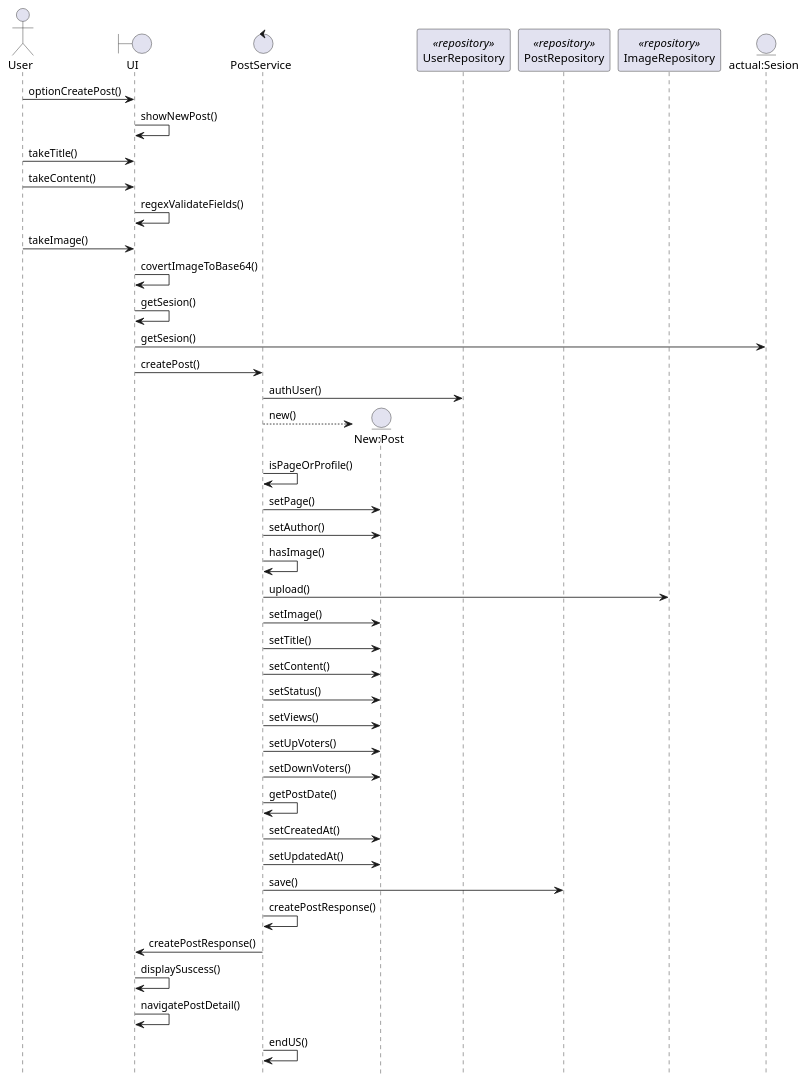
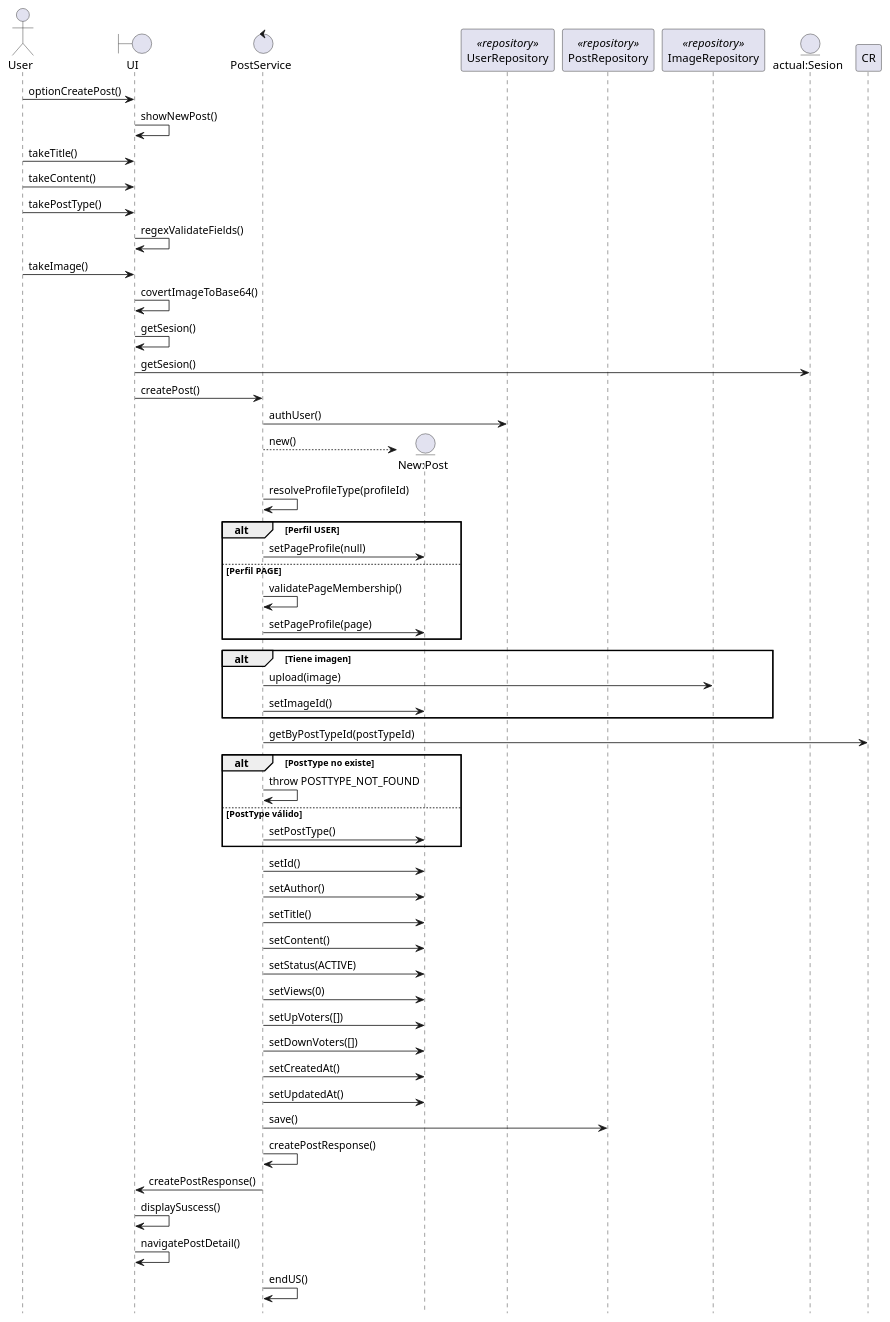
One commit to 2piradrian/seminario-docs changed the diagram in create-post-sequence.puml. Above: the diagram before and after it, drawn with PlantUML. The commit also changed 2 other files, not shown here.

```diff
--- a/create-post-sequence.puml
+++ b/create-post-sequence.puml
@@ -1,47 +1,65 @@
 @startuml
 actor User
 boundary "UI" as UI
 control "PostService" as C
 entity "New:Post" as P
 participant "UserRepository" as UR <<repository>>
 participant "PostRepository" as PTR <<repository>>
 participant "ImageRepository" as IR <<repository>>
 entity "actual:Sesion" as S
 
 User -> UI : optionCreatePost()
 UI -> UI: showNewPost()
 User -> UI: takeTitle()
 User -> UI: takeContent()
+User -> UI: takePostType()
 UI -> UI: regexValidateFields()
 User -> UI: takeImage()
 UI -> UI: covertImageToBase64()
 UI -> UI: getSesion()
 UI -> S: getSesion()
 UI -> C: createPost()
 C -> UR: authUser() 
 create P
 C --> P : new()
-C -> C: isPageOrProfile()
-C -> P: setPage()
+
+C -> C: resolveProfileType(profileId)
+alt Perfil USER
+    C -> P: setPageProfile(null)
+else Perfil PAGE
+    C -> C: validatePageMembership()
+    C -> P: setPageProfile(page)
+end
+
+alt Tiene imagen
+    C -> IR: upload(image)
+    C -> P: setImageId()
+end
+
+C -> CR: getByPostTypeId(postTypeId)
+alt PostType no existe
+    C -> C: throw POSTTYPE_NOT_FOUND
+else PostType válido
+    C -> P: setPostType()
+end
+
+C -> P: setId()
 C -> P: setAuthor()
-C -> C: hasImage()
-C -> IR: upload() 
-C -> P: setImage()
 C -> P: setTitle()
 C -> P: setContent()
-C -> P: setStatus()
-C -> P: setViews()
-C -> P: setUpVoters()
-C -> P: setDownVoters()
-C -> C : getPostDate()
+C -> P: setStatus(ACTIVE)
+C -> P: setViews(0)
+C -> P: setUpVoters([])
+C -> P: setDownVoters([])
 C -> P: setCreatedAt()
 C -> P: setUpdatedAt()
+
 C -> PTR: save()
 C -> C: createPostResponse()
 C -> UI: createPostResponse()
 UI -> UI: displaySuscess()
 UI -> UI: navigatePostDetail()
 C -> C : endUS()
 
 hide footbox
 @enduml
```
